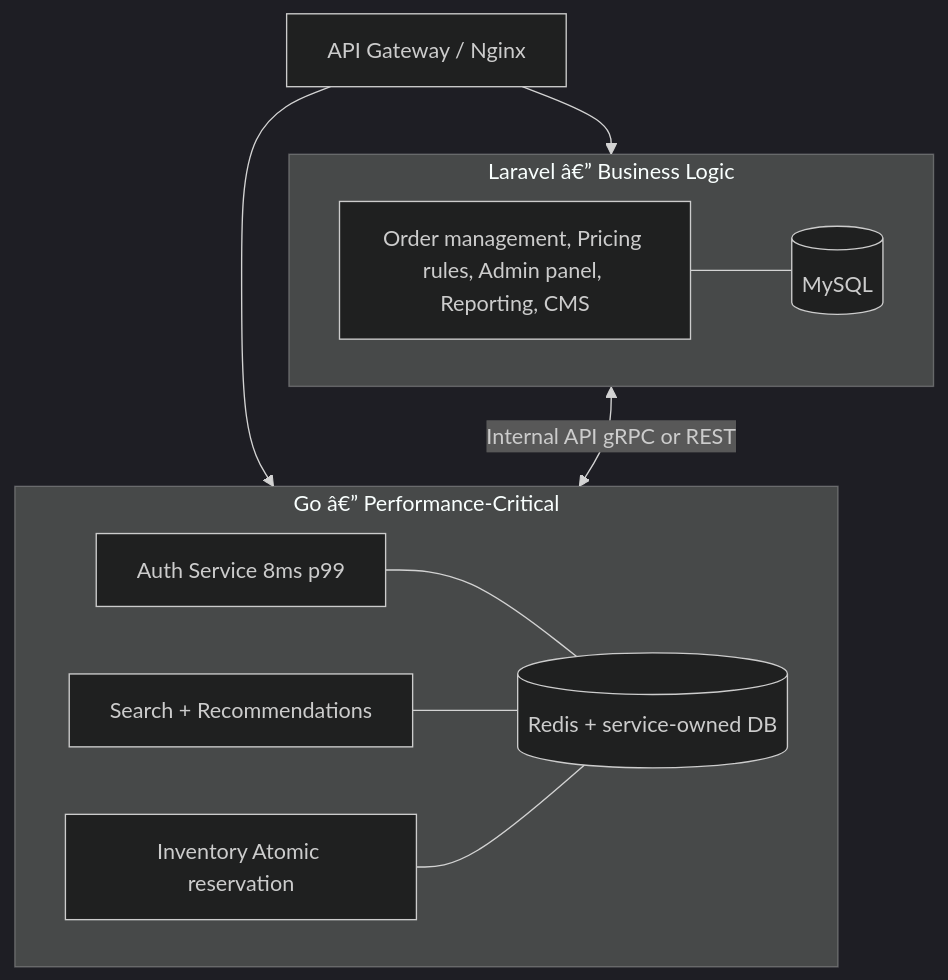
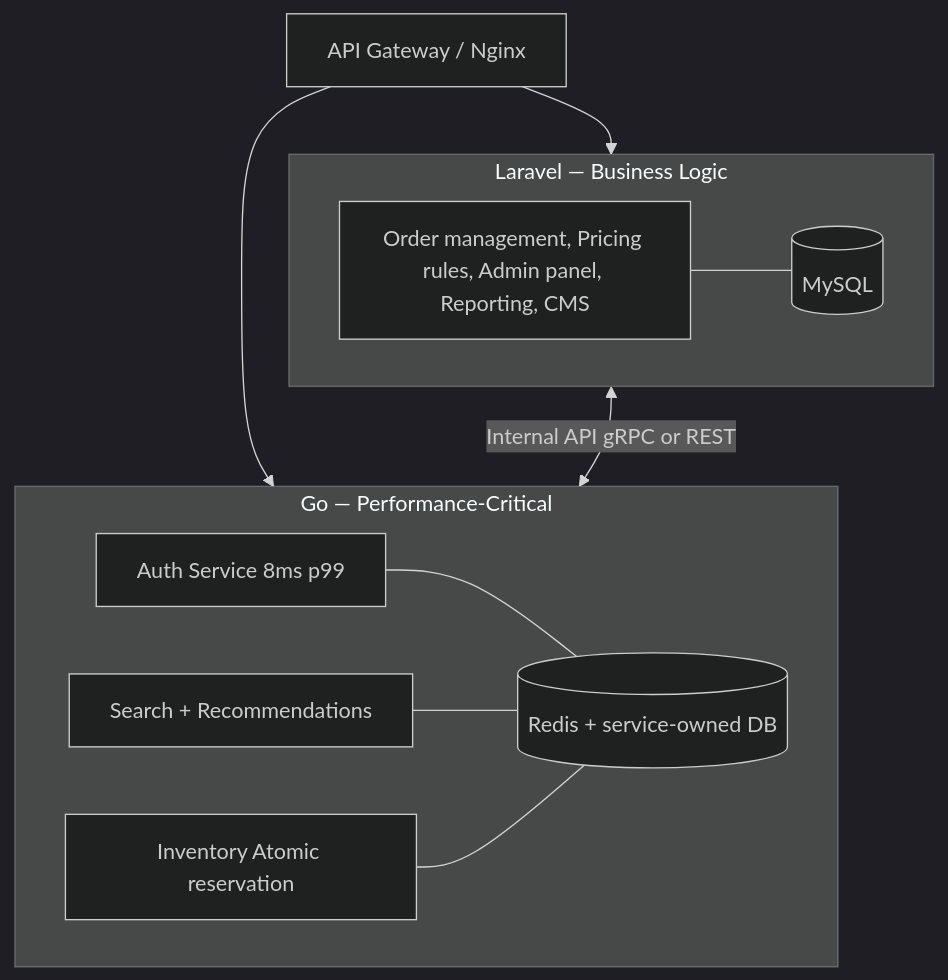
Before and after one commit to vesviet/vesviet: the diagram in content/posts/laravel-vs-golang-when-to-add-features.md, drawn with Mermaid (dark theme). The commit also changed other lines of this file and 52 other files, not shown here.

````diff
--- a/content/posts/laravel-vs-golang-when-to-add-features.md
+++ b/content/posts/laravel-vs-golang-when-to-add-features.md
@@ -157,25 +157,25 @@
 ```mermaid
 graph TB
     GW["API Gateway / Nginx"]
 
     GW --> LA["Laravel App"]
     GW --> GS["Go Services"]
 
-    subgraph LA["Laravel â€” Business Logic"]
+    subgraph LA["Laravel — Business Logic"]
         BL["Order management, Pricing rules, Admin panel, Reporting, CMS"]
         DB_LA[("MySQL")]
         BL --- DB_LA
     end
 
-    subgraph GS["Go â€” Performance-Critical"]
+    subgraph GS["Go — Performance-Critical"]
         AUTH["Auth Service 8ms p99"]
         SEARCH["Search + Recommendations"]
         INV["Inventory Atomic reservation"]
         DB_GO[("Redis + service-owned DB")]
         AUTH --- DB_GO
         SEARCH --- DB_GO
         INV --- DB_GO
     end
 
     LA <-->|"Internal API gRPC or REST"| GS
 ```
````
